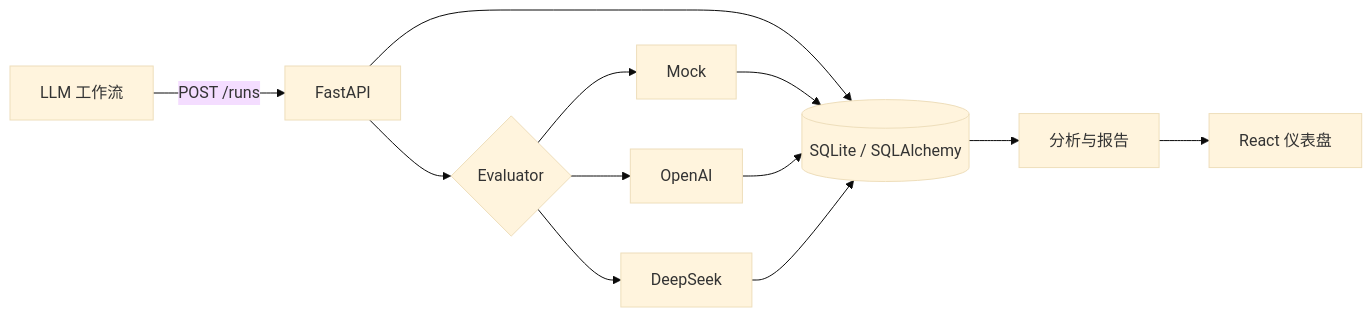
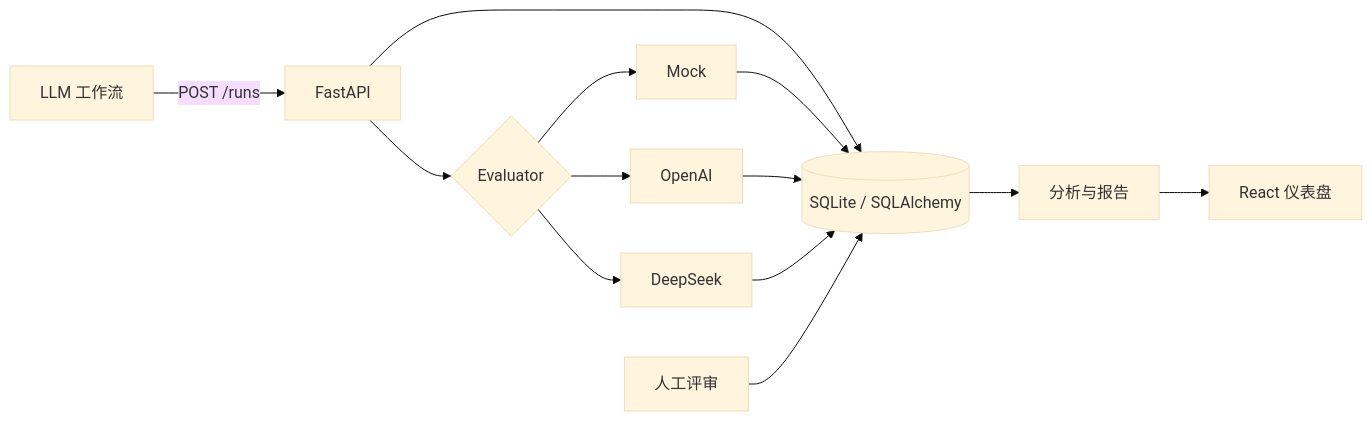
Before and after one commit to BrownieCoder/agent-lens: the diagram in README.zh-CN.md, drawn with Mermaid (base theme). The commit also changed other lines of this file and 24 other files, not shown here.

````diff
--- a/README.zh-CN.md
+++ b/README.zh-CN.md
@@ -97,14 +115,15 @@
 ```mermaid
 flowchart LR
     W["LLM 工作流"] -->|POST /runs| A["FastAPI"]
     A --> D[("SQLite / SQLAlchemy")]
     A --> E{"Evaluator"}
     E --> M["Mock"]
     E --> O["OpenAI"]
     E --> DS["DeepSeek"]
     M --> D
     O --> D
     DS --> D
+    H["人工评审"] --> D
     D --> X["分析与报告"]
     X --> R["React 仪表盘"]
 ```
````
